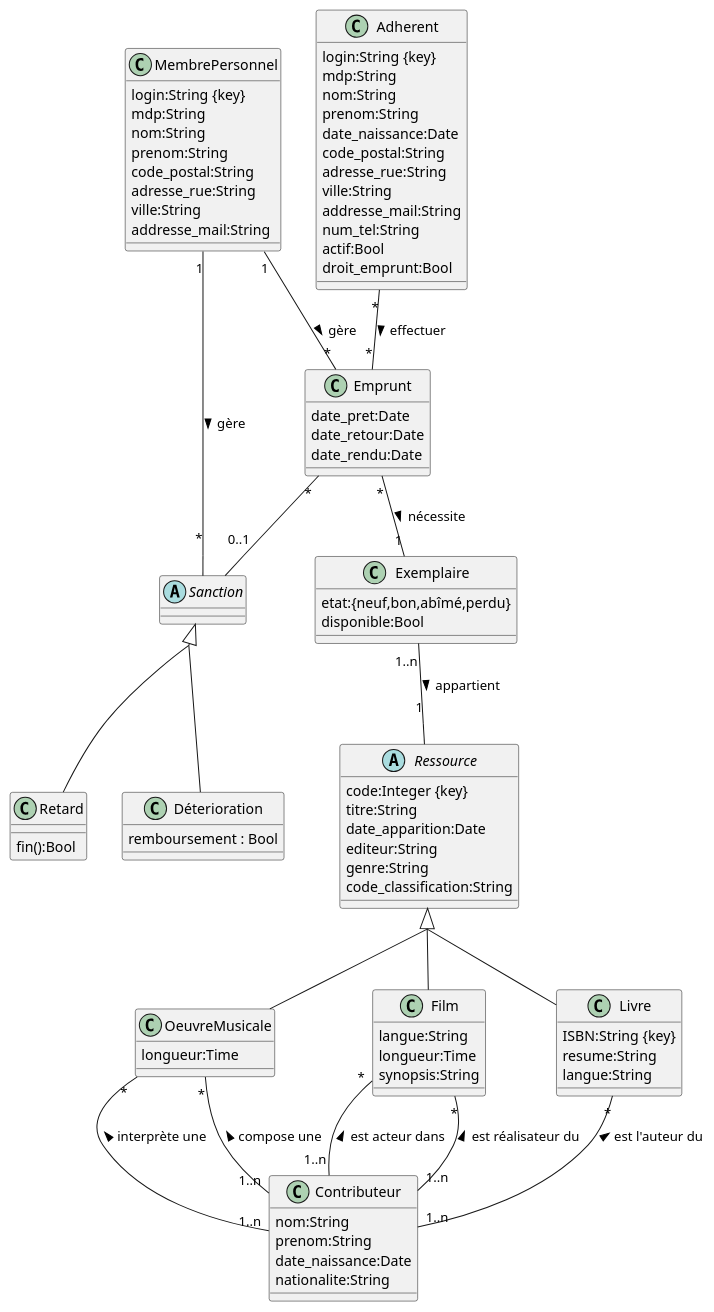
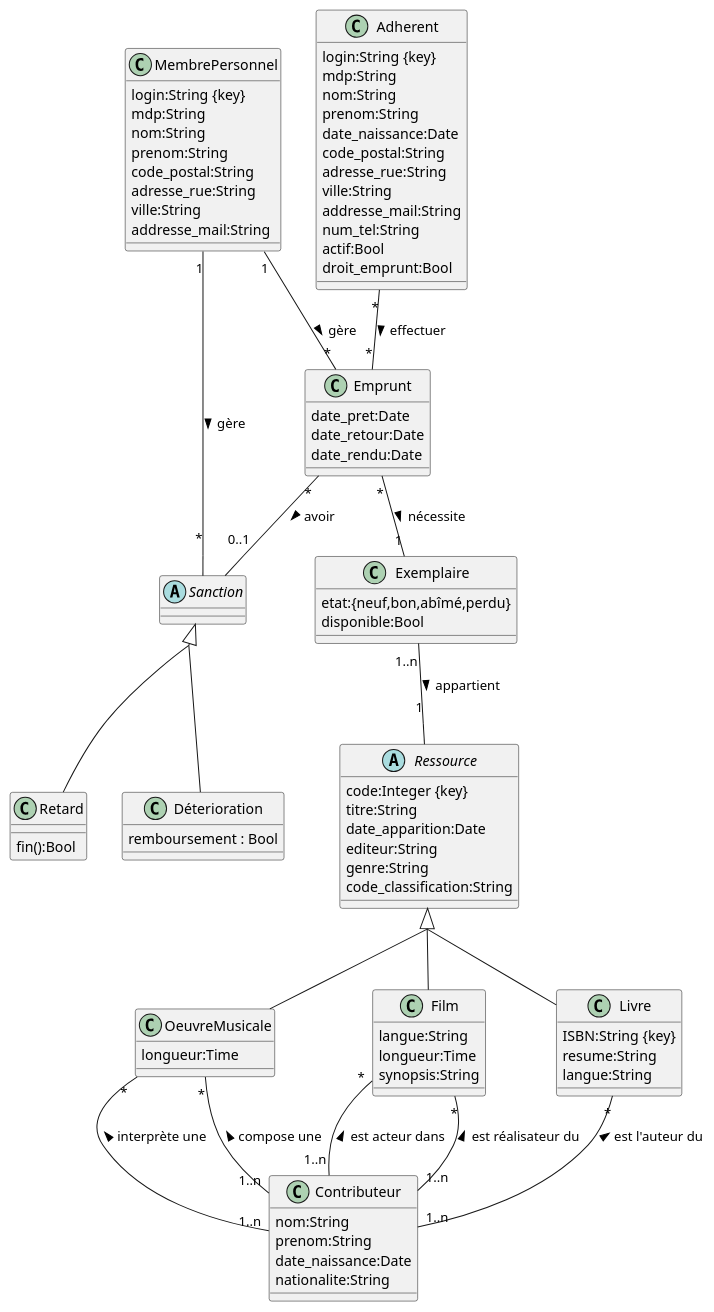
One commit to HouzeZHANG/NF18-DataBase-Project changed the diagram in UML.plantuml. Above: the diagram before and after it, drawn with PlantUML.

```diff
--- a/UML.plantuml
+++ b/UML.plantuml
@@ -1,115 +1,115 @@
 @startuml
 abstract class Ressource{
   code:Integer {key}
   titre:String
   date_apparition:Date
   editeur:String
   genre:String
   code_classification:String
 }
 
 
 together {
   class Livre{
   ISBN:String {key}
   resume:String
   langue:String
 }
 
 class Film{
   langue:String
   longueur:Time
   synopsis:String
 }
 
 class OeuvreMusicale{
   longueur:Time
 }
 }
 skinparam groupInheritance 2
 Ressource <|-- Livre
 Ressource <|-- Film
 Ressource <|-- OeuvreMusicale
 
 class MembrePersonnel{
   login:String {key}
   mdp:String
   nom:String
   prenom:String
   code_postal:String
   adresse_rue:String
   ville:String
   addresse_mail:String
 }
 
 class Adherent{
   login:String {key}
   mdp:String
   nom:String
   prenom:String
   date_naissance:Date
   code_postal:String
   adresse_rue:String
   ville:String
   addresse_mail:String
   num_tel:String
   actif:Bool
   droit_emprunt:Bool
 }
 
 class Contributeur{
   nom:String
   prenom:String
   date_naissance:Date
   nationalite:String
 }
 
 class Exemplaire{
   etat:{neuf,bon,abîmé,perdu}
   disponible:Bool
 }
 
 
 class Emprunt{
   date_pret:Date
   date_retour:Date
   date_rendu:Date
 }
 
 abstract class Sanction{
 }
 
 together {
   class Retard{
     fin():Bool
   }
   class Déterioration{
     remboursement : Bool
   }
 }
 
 skinparam groupInheritance 2
 Sanction <|-- Retard
 Sanction <|-- Déterioration
 
 
 Exemplaire "1..n" -- "1" Ressource : appartient >
-Emprunt "*" -- "0..1" Sanction
+Emprunt "*" -- "0..1" Sanction : avoir >
 
 MembrePersonnel "1" -- "*" Emprunt : gère >
 MembrePersonnel "1" -- "*" Sanction : gère >
 
 
 Contributeur "1..n" -up- "*" Livre : est l'auteur du >
 Contributeur "1..n" -up- "*" Film : est réalisateur du >
 Contributeur "1..n" -up- "*" Film : est acteur dans >
 Contributeur "1..n" -up- "*" OeuvreMusicale : compose une >
 Contributeur "1..n" -up- "*" OeuvreMusicale : interprète une >
 
 Adherent "*" -- "*" Emprunt : effectuer >
 Emprunt "*" -- "1" Exemplaire : nécessite >
 
 
 
 
 @enduml
```
